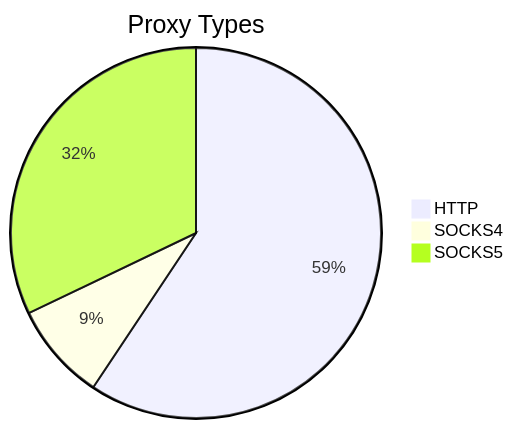
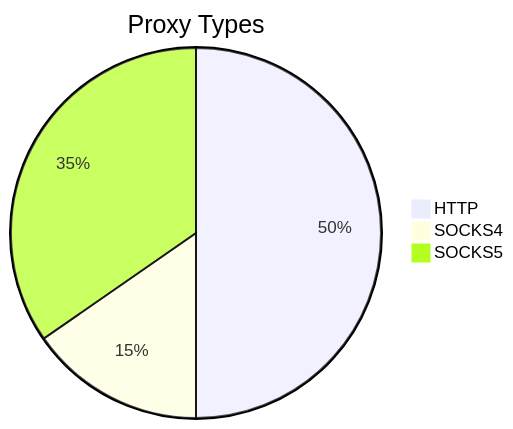
One commit to stormsia/proxy-list changed the first of 2 diagrams in README.md. Above: the diagram before and after it, drawn with Mermaid. The commit also changed other lines of this file, not shown here.

````diff
--- a/README.md
+++ b/README.md
@@ -21,6 +21,6 @@
 ```mermaid
 pie title Proxy Types
-    "HTTP" : 146
-    "SOCKS4" : 21
+    "HTTP" : 114
+    "SOCKS4" : 35
     "SOCKS5" : 79
 ```
````
